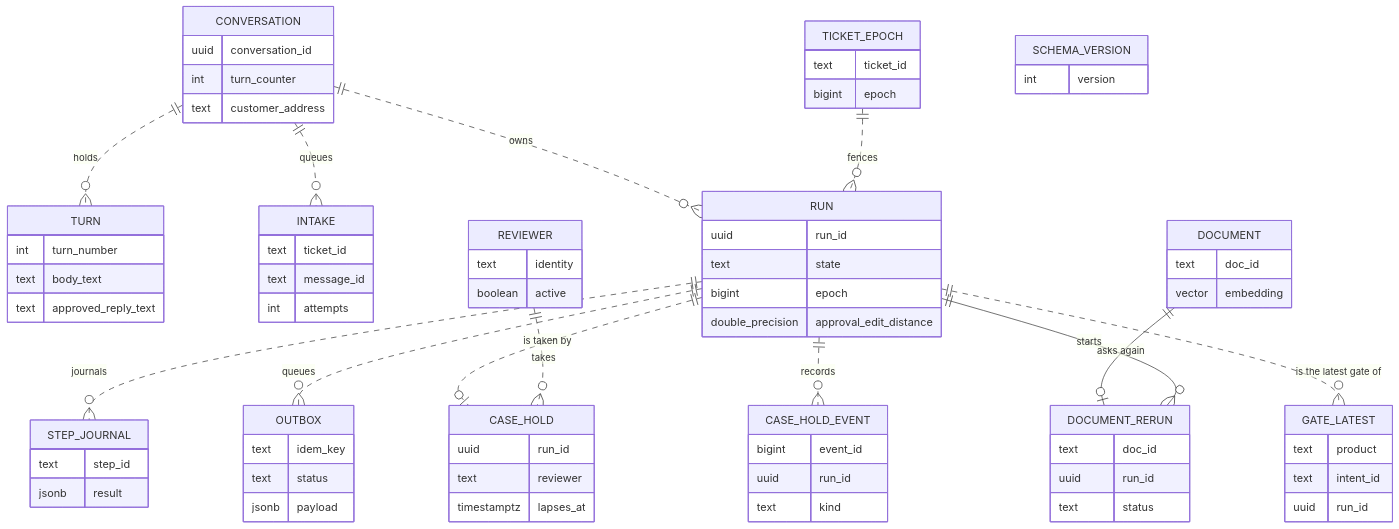
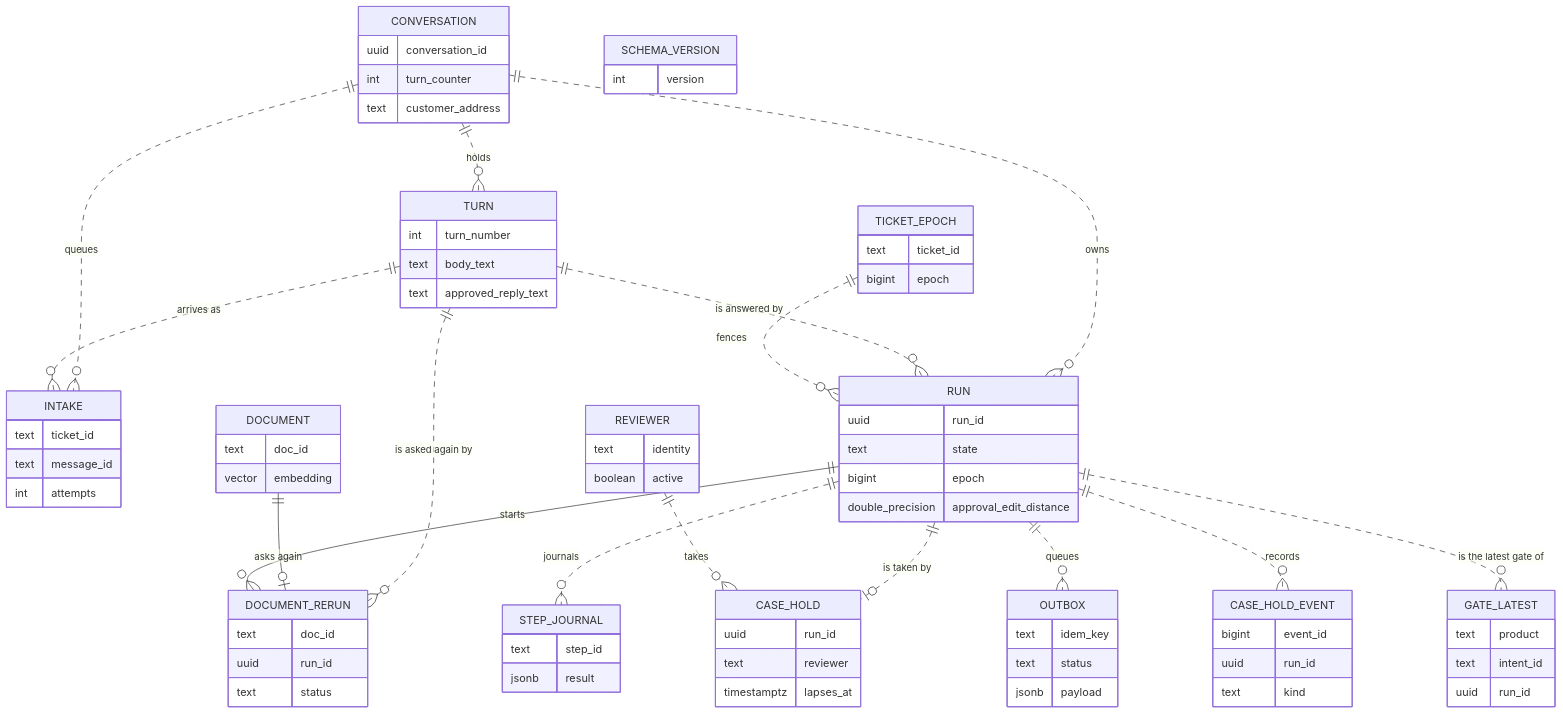
One commit to synaptiai/auracle changed the third of 3 diagrams in docs/architecture-map.md. Above: the diagram before and after it, drawn with Mermaid. The commit also changed other lines of this file and 143 other files, not shown here.

```diff
--- a/docs/architecture-map.md
+++ b/docs/architecture-map.md
@@ -327,6 +327,9 @@
   CONVERSATION ||..o{ TURN : "holds"
   CONVERSATION ||..o{ INTAKE : "queues"
   CONVERSATION ||..o{ RUN : "owns"
+  TURN ||..o{ INTAKE : "arrives as"
+  TURN ||..o{ RUN : "is answered by"
+  TURN ||..o{ DOCUMENT_RERUN : "is asked again by"
   RUN ||..o{ STEP_JOURNAL : "journals"
   RUN ||..o{ OUTBOX : "queues"
   TICKET_EPOCH ||..o{ RUN : "fences"
```
